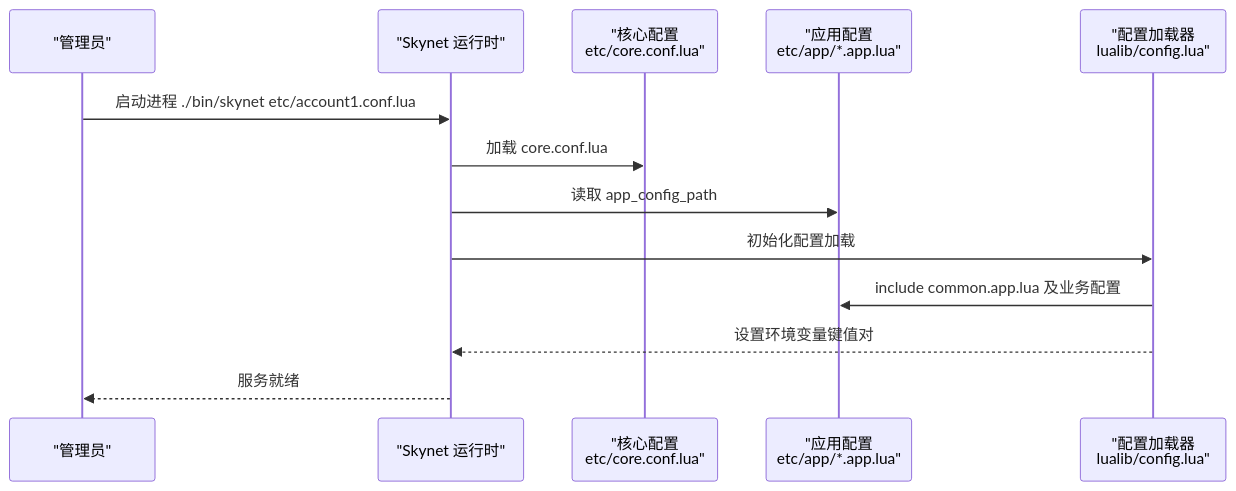
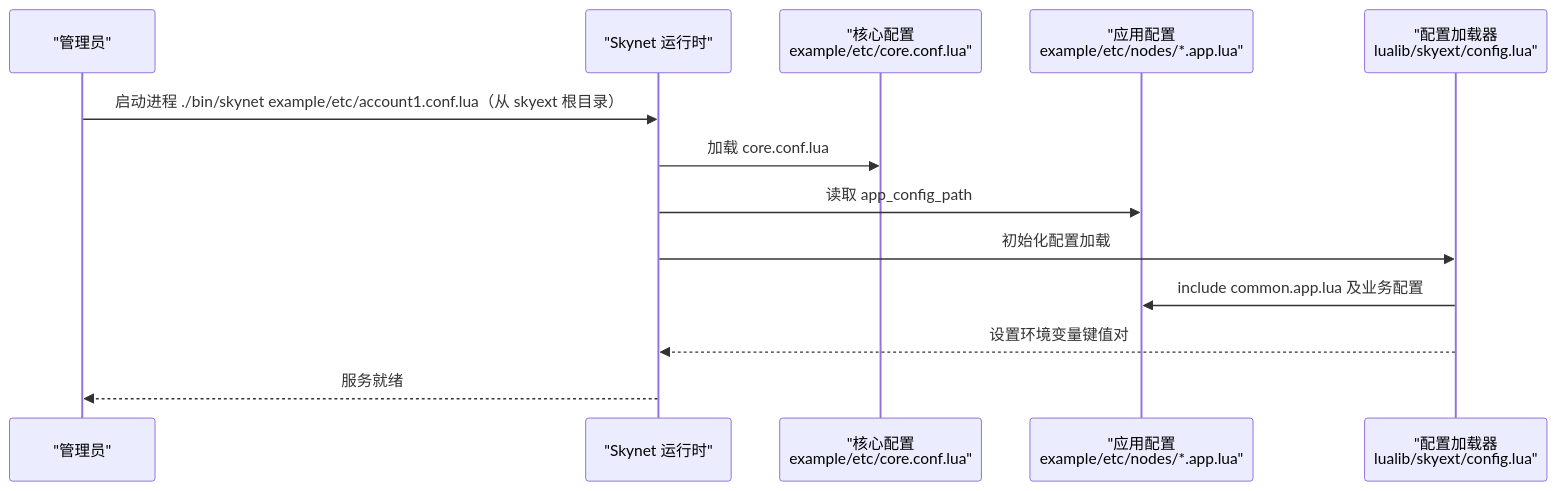
One commit to hanxi/skyext changed the third of 7 diagrams in docs/repowiki/zh/content/部署运维/部署指南.md. Above: the diagram before and after it, drawn with Mermaid. The commit also changed other lines of this file and 117 other files, not shown here.

````diff
--- a/docs/repowiki/zh/content/部署运维/部署指南.md
+++ b/docs/repowiki/zh/content/部署运维/部署指南.md
@@ -148,15 +148,15 @@
 ```mermaid
 sequenceDiagram
 participant Admin as "管理员"
 participant Skynet as "Skynet 运行时"
-participant Core as "核心配置<br/>etc/core.conf.lua"
-participant AppCfg as "应用配置<br/>etc/app/*.app.lua"
-participant Loader as "配置加载器<br/>lualib/config.lua"
-Admin->>Skynet : 启动进程 ./bin/skynet etc/account1.conf.lua
+participant Core as "核心配置<br/>example/etc/core.conf.lua"
+participant AppCfg as "应用配置<br/>example/etc/nodes/*.app.lua"
+participant Loader as "配置加载器<br/>lualib/skyext/config.lua"
+Admin->>Skynet : 启动进程 ./bin/skynet example/etc/account1.conf.lua（从 skyext 根目录）
 Skynet->>Core : 加载 core.conf.lua
 Skynet->>AppCfg : 读取 app_config_path
 Skynet->>Loader : 初始化配置加载
 Loader->>AppCfg : include common.app.lua 及业务配置
 Loader-->>Skynet : 设置环境变量键值对
 Skynet-->>Admin : 服务就绪
 ```
````
